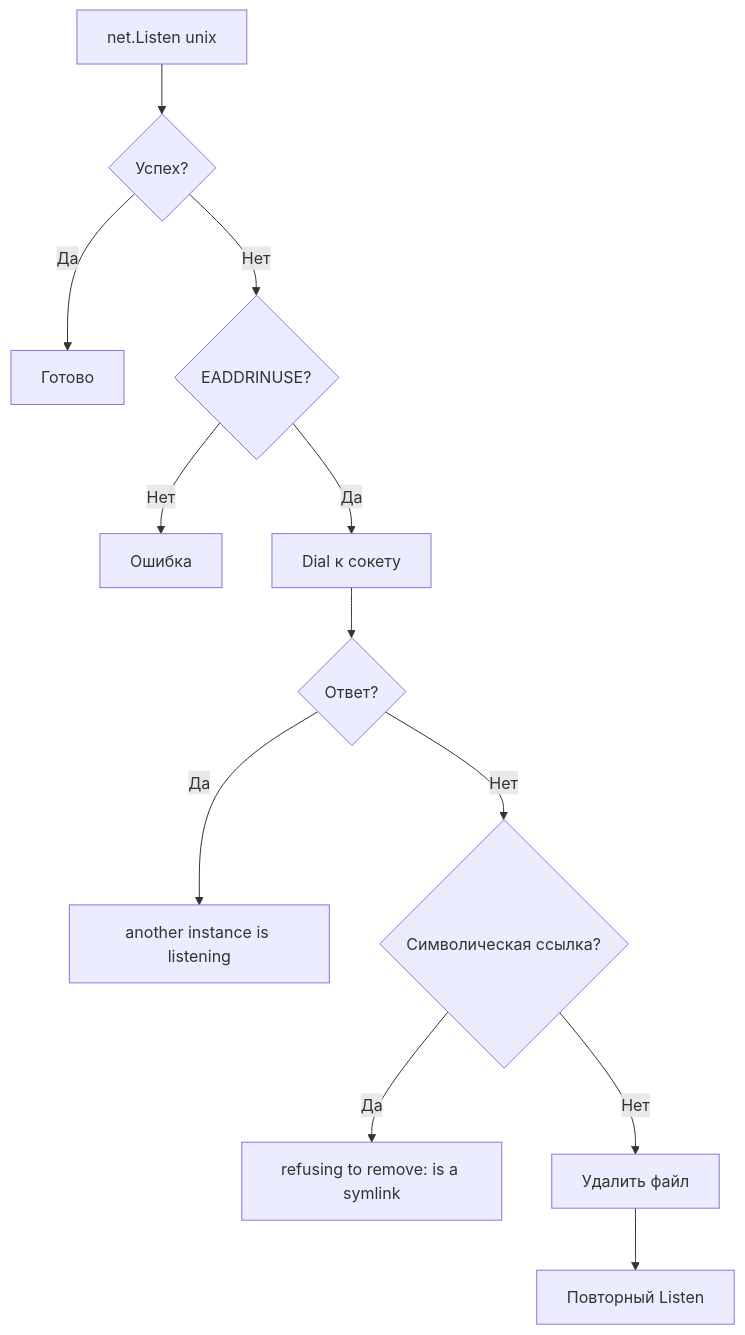
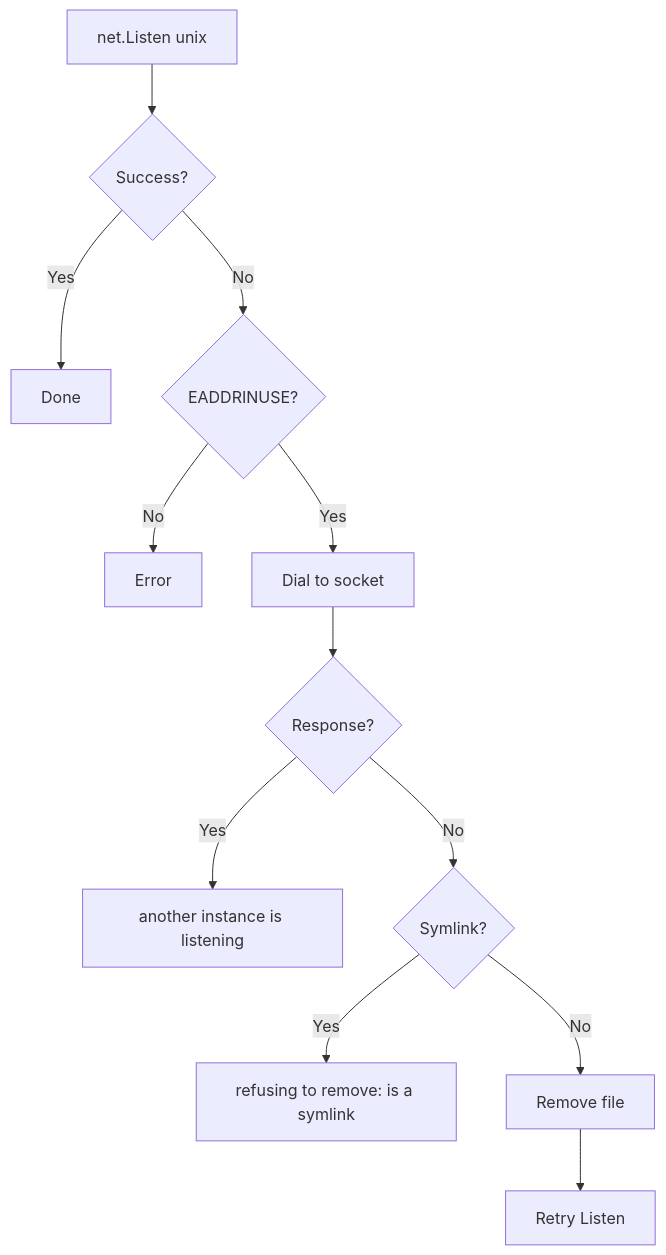
The ninth of 11 diagrams in README.md (voluminor/ratatoskr), drawn with Mermaid before and after one commit. The commit also changed other lines of this file and 1 other file, not shown here.

````diff
--- a/README.md
+++ b/README.md
@@ -851,13 +853,13 @@
 ```mermaid
 flowchart TD
-    LISTEN[net.Listen unix] --> OK{Успех?}
-    OK -->|Да| DONE[Готово]
-    OK -->|Нет| INUSE{EADDRINUSE?}
-    INUSE -->|Нет| FAIL[Ошибка]
-    INUSE -->|Да| PROBE[Dial к сокету]
-    PROBE --> ALIVE{Ответ?}
-    ALIVE -->|Да| FAIL2[another instance is listening]
-    ALIVE -->|Нет| SYMLINK{Символическая ссылка?}
-    SYMLINK -->|Да| FAIL3[refusing to remove: is a symlink]
-    SYMLINK -->|Нет| REMOVE[Удалить файл] --> RETRY[Повторный Listen]
+    LISTEN[net.Listen unix] --> OK{Success?}
+    OK -->|Yes| DONE[Done]
+    OK -->|No| INUSE{EADDRINUSE?}
+    INUSE -->|No| FAIL[Error]
+    INUSE -->|Yes| PROBE[Dial to socket]
+    PROBE --> ALIVE{Response?}
+    ALIVE -->|Yes| FAIL2[another instance is listening]
+    ALIVE -->|No| SYMLINK{Symlink?}
+    SYMLINK -->|Yes| FAIL3[refusing to remove: is a symlink]
+    SYMLINK -->|No| REMOVE[Remove file] --> RETRY[Retry Listen]
 ```
````
